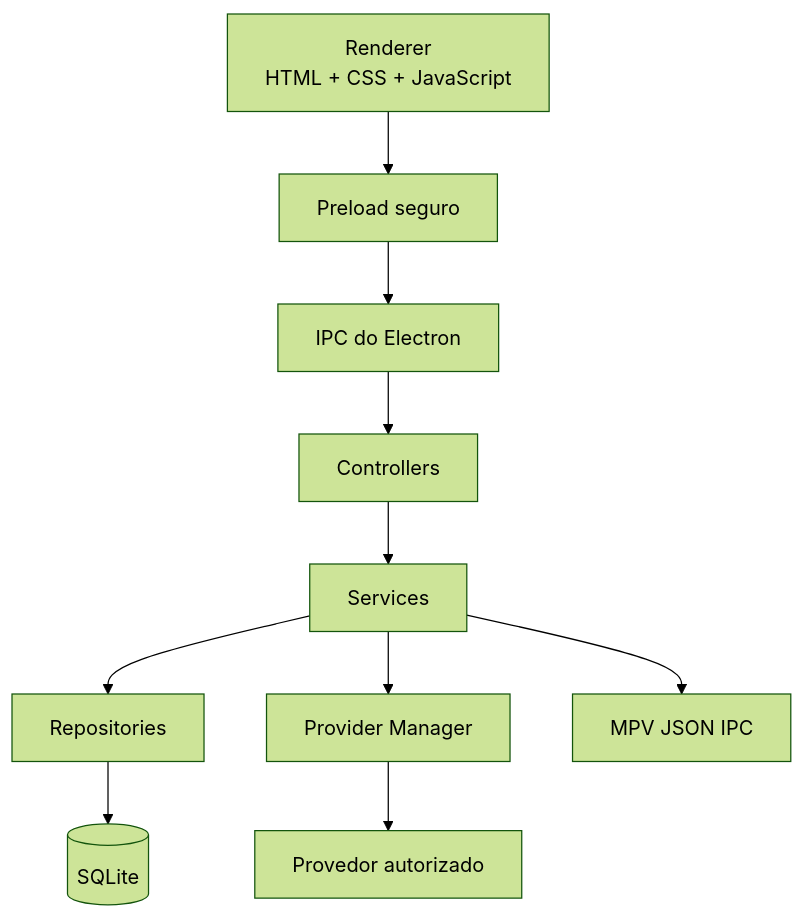
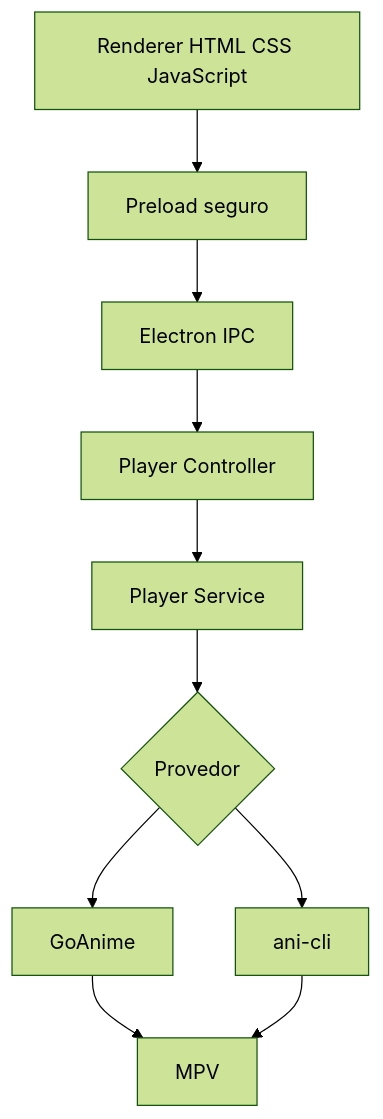
One commit to RaphaelTW/kitsuneDesk changed the diagram in README.md. Above: the diagram before and after it, drawn with Mermaid (forest theme). The commit also changed other lines of this file and 13 other files, not shown here.

````diff
--- a/README.md
+++ b/README.md
@@ -226,12 +260,12 @@
 ```mermaid
 flowchart TD
-    R[Renderer<br>HTML + CSS + JavaScript] --> P[Preload seguro]
-    P --> I[IPC do Electron]
-    I --> C[Controllers]
-    C --> S[Services]
-    S --> RP[Repositories]
-    RP --> DB[(SQLite)]
-    S --> PM[Provider Manager]
-    PM --> AP[Provedor autorizado]
-    S --> MPV[MPV JSON IPC]
+    UI[Renderer HTML CSS JavaScript] --> PRELOAD[Preload seguro]
+    PRELOAD --> IPC[Electron IPC]
+    IPC --> CONTROLLER[Player Controller]
+    CONTROLLER --> SERVICE[Player Service]
+    SERVICE --> AUTO{Provedor}
+    AUTO --> GOANIME[GoAnime]
+    AUTO --> ANICLI[ani-cli]
+    GOANIME --> MPV[MPV]
+    ANICLI --> MPV
 ```
````
